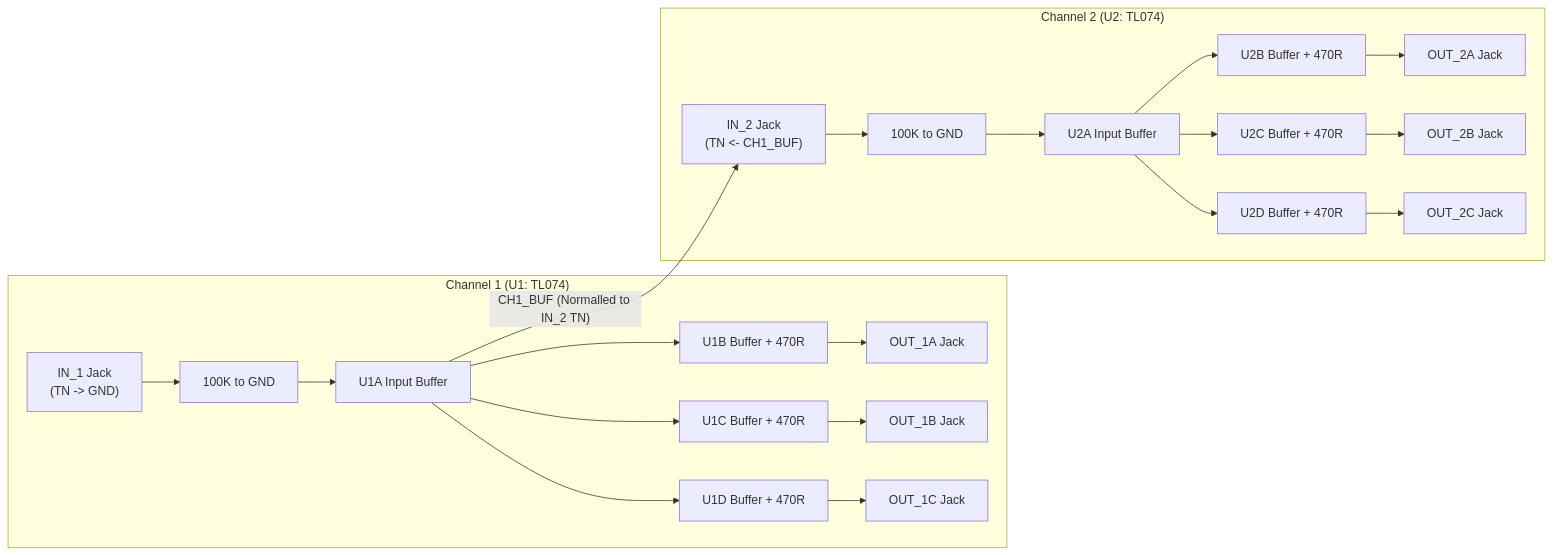
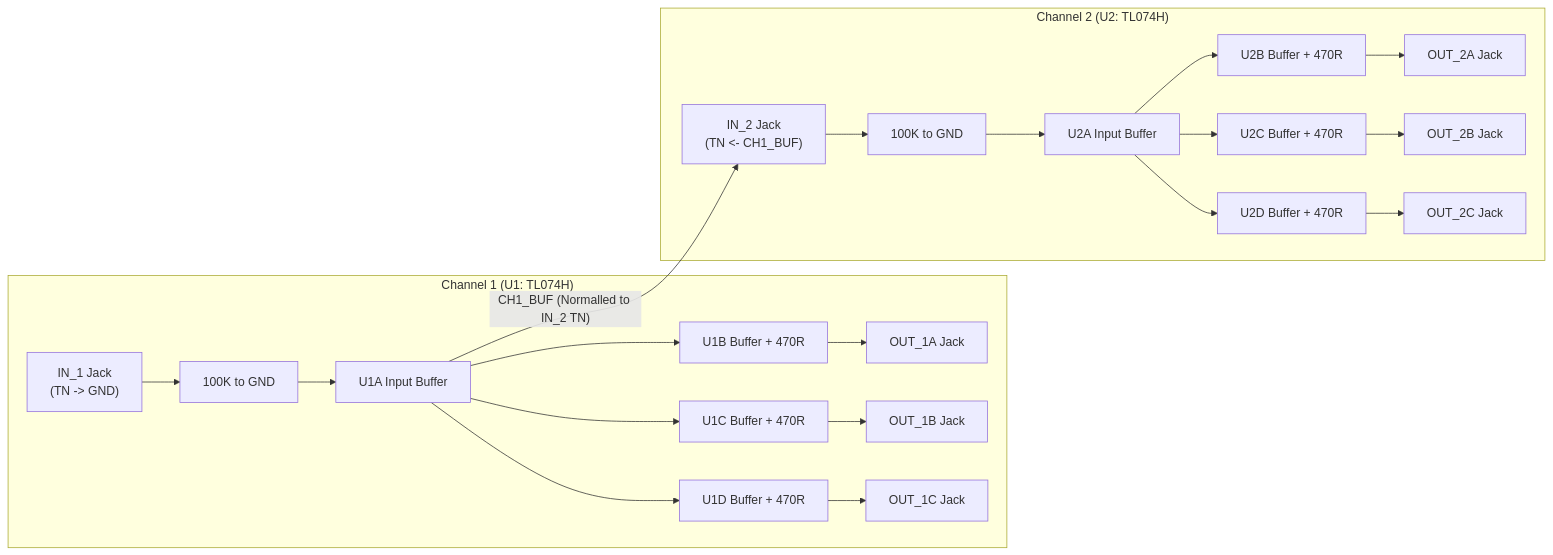
The diagram in README.md (domesticmouse/BufferedMult-SKiDL), drawn with Mermaid before and after one commit. The commit also changed other lines of this file and 10 other files, not shown here.

````diff
--- a/README.md
+++ b/README.md
@@ -25,20 +25,20 @@
 ```mermaid
 flowchart LR
-    subgraph CH1["Channel 1 (U1: TL074)"]
+    subgraph CH1["Channel 1 (U1: TL074H)"]
         J_IN1["IN_1 Jack<br/>(TN -> GND)"] --> R_PD1["100K to GND"]
         R_PD1 --> U1A["U1A Input Buffer"]
         U1A --> U1B["U1B Buffer + 470R"] --> OUT_1A["OUT_1A Jack"]
         U1A --> U1C["U1C Buffer + 470R"] --> OUT_1B["OUT_1B Jack"]
         U1A --> U1D["U1D Buffer + 470R"] --> OUT_1C["OUT_1C Jack"]
     end
 
-    subgraph CH2["Channel 2 (U2: TL074)"]
+    subgraph CH2["Channel 2 (U2: TL074H)"]
         J_IN2["IN_2 Jack<br/>(TN <- CH1_BUF)"] --> R_PD2["100K to GND"]
         R_PD2 --> U2A["U2A Input Buffer"]
         U2A --> U2B["U2B Buffer + 470R"] --> OUT_2A["OUT_2A Jack"]
         U2A --> U2C["U2C Buffer + 470R"] --> OUT_2B["OUT_2B Jack"]
         U2A --> U2D["U2D Buffer + 470R"] --> OUT_2C["OUT_2C Jack"]
     end
 
     U1A -- "CH1_BUF (Normalled to IN_2 TN)" --> J_IN2
 ```
````
